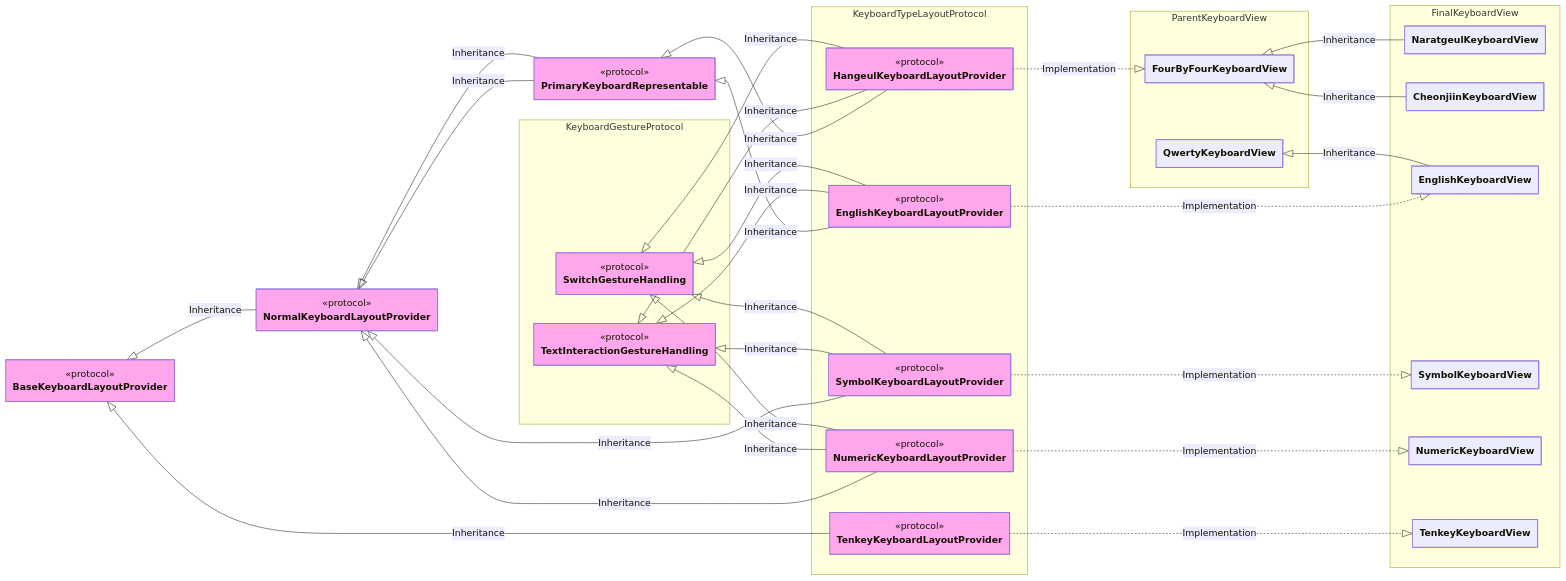
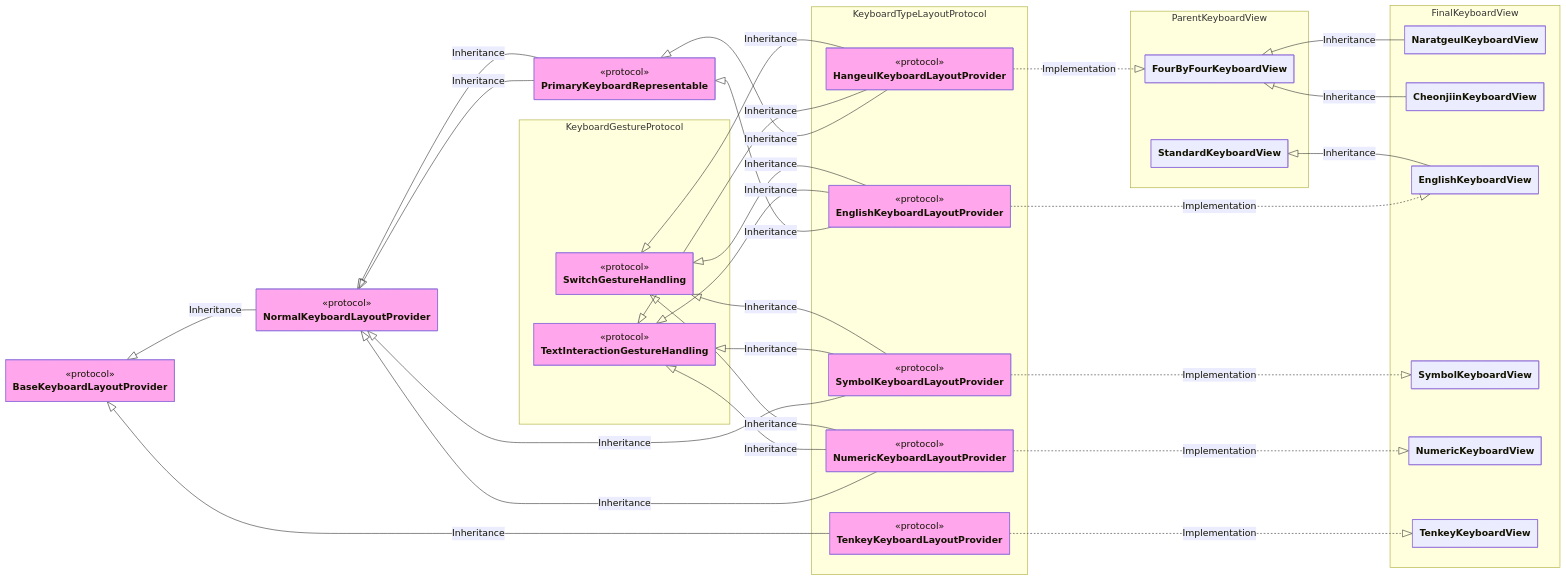
The second of 3 diagrams in README.md (SNMac/SYKeyboard), drawn with Mermaid before and after one commit. The commit also changed 20 other files, not shown here.

```diff
--- a/README.md
+++ b/README.md
@@ -470,7 +470,7 @@
 
     namespace ParentKeyboardView {
       class FourByFourKeyboardView
-      class QwertyKeyboardView
+      class StandardKeyboardView
     }
 
     namespace FinalKeyboardView {
@@ -514,7 +514,7 @@
     TextInteractionGestureHandling <|-- EnglishKeyboardLayoutProvider: Inheritance
     SwitchGestureHandling <|-- EnglishKeyboardLayoutProvider: Inheritance
     EnglishKeyboardLayoutProvider ..|> EnglishKeyboardView: Implementation
-    QwertyKeyboardView <|-- EnglishKeyboardView: Inheritance
+    StandardKeyboardView <|-- EnglishKeyboardView: Inheritance
 
     NormalKeyboardLayoutProvider <|-- SymbolKeyboardLayoutProvider: Inheritance
     TextInteractionGestureHandling <|-- SymbolKeyboardLayoutProvider: Inheritance
```
